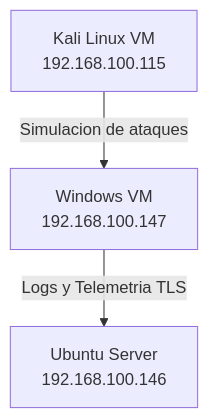
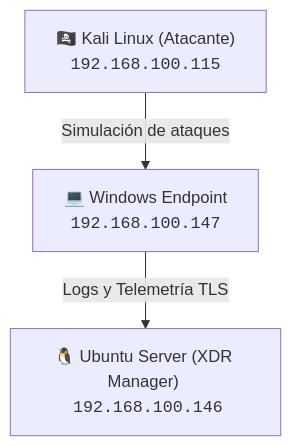
One commit to chelo2001/implementation-xdr changed the second of 2 diagrams in 01-arquitectura-red.md. Above: the diagram before and after it, drawn with Mermaid.

````diff
--- a/01-arquitectura-red.md
+++ b/01-arquitectura-red.md
@@ -24,5 +24,5 @@
 ```mermaid
 graph TD
-    Kali[Kali Linux VM <br/> 192.168.100.115] -->|Simulacion de ataques| Win[Windows VM <br/> 192.168.100.147]
-    Win -->|Logs y Telemetria TLS| Ubuntu[Ubuntu Server <br/> 192.168.100.146]
+    Kali["🏴‍☠️ Kali Linux (Atacante) <br/> <code>192.168.100.115</code>"] -->|Simulación de ataques| Win["💻 Windows Endpoint <br/> <code>192.168.100.147</code>"]
+    Win -->|Logs y Telemetría TLS| Ubuntu["🐧 Ubuntu Server (XDR Manager) <br/> <code>192.168.100.146</code>"]
 ```
````
